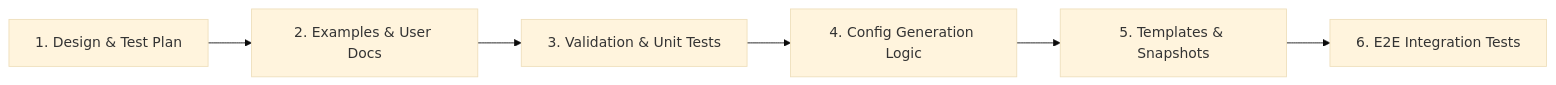
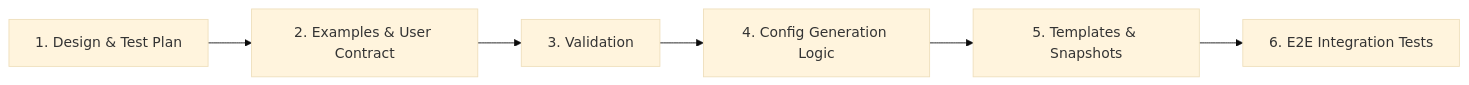
One commit to nginxinc/kubernetes-ingress changed the diagram in docs/developer/jwt-variable-match-plan.md. Above: the diagram before and after it, drawn with Mermaid (base theme). The commit also changed other lines of this file, not shown here.

First line of the commit message:
feat: revise plan to validate JWT claims before match routing

````diff
--- a/docs/developer/jwt-variable-match-plan.md
+++ b/docs/developer/jwt-variable-match-plan.md
@@ -210,8 +484,8 @@
 ```mermaid
 flowchart LR
-    C1["1. Design & Test Plan"] --> C2["2. Examples & User Docs"]
-    C2 --> C3["3. Validation & Unit Tests"]
+    C1["1. Design & Test Plan"] --> C2["2. Examples & User Contract"]
+    C2 --> C3["3. Validation"]
     C3 --> C4["4. Config Generation Logic"]
     C4 --> C5["5. Templates & Snapshots"]
     C5 --> C6["6. E2E Integration Tests"]
 ```
````
